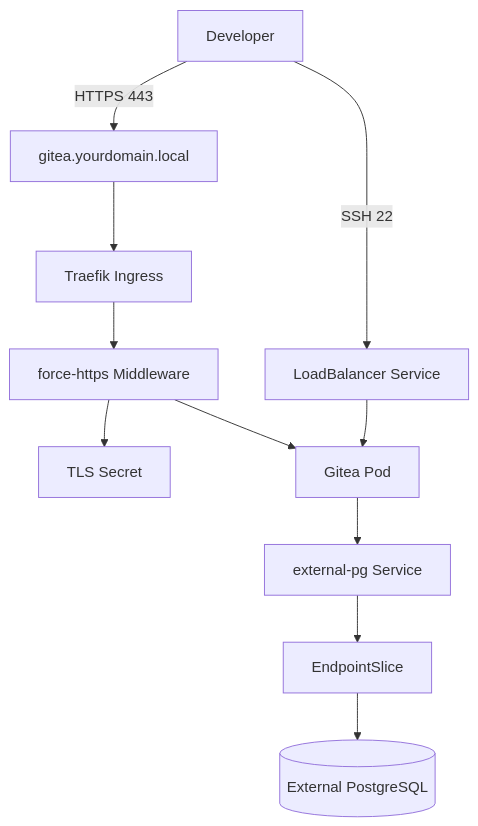
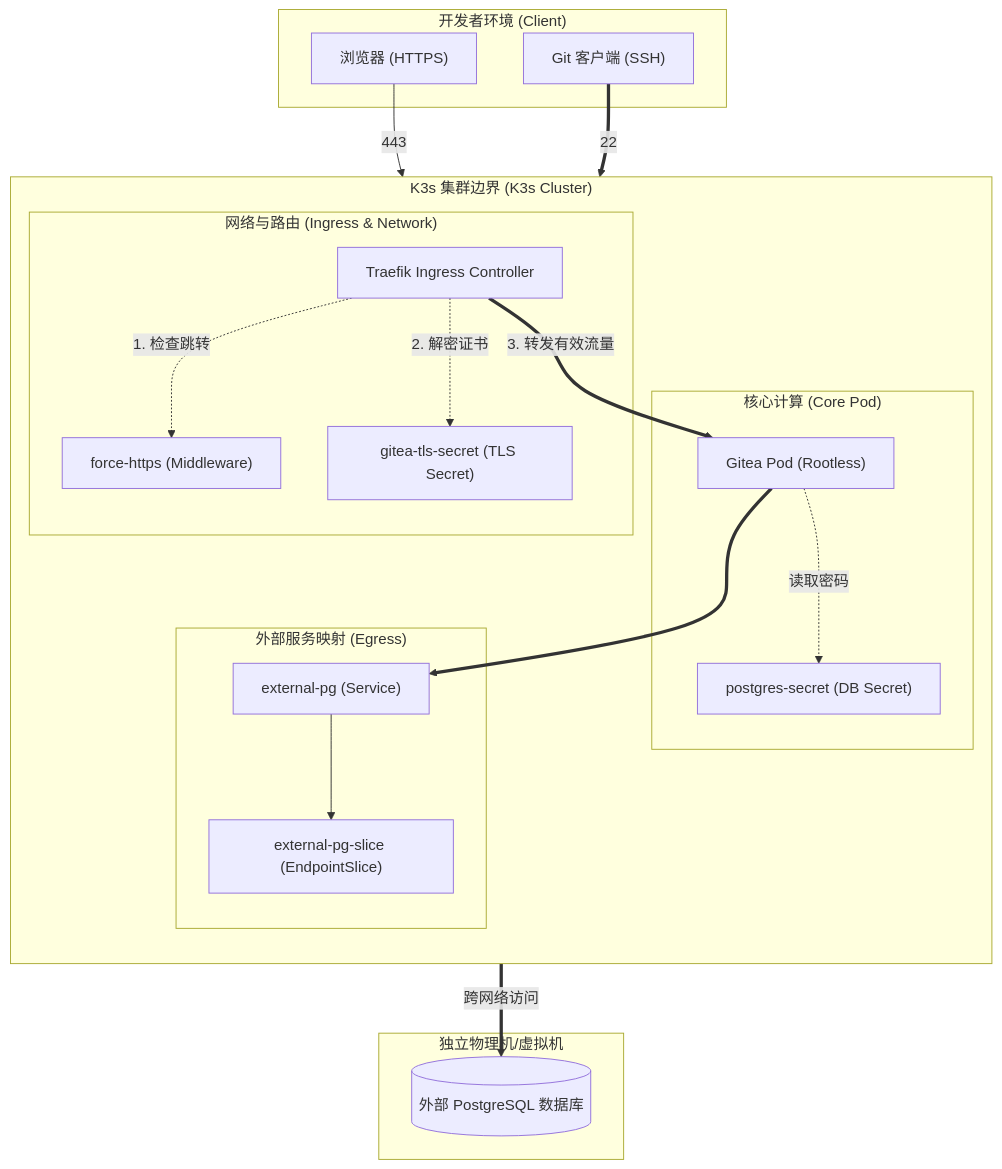
Before and after one commit to damingerdai/damingerdai.github.io: the diagram in source/_posts/software/deploy-gitea-in-k3s-on-homelab.md, drawn with Mermaid. The commit also changed other lines of this file, not shown here.

Commit message:
docs: update mermaid docs

````diff
--- a/source/_posts/software/deploy-gitea-in-k3s-on-homelab.md
+++ b/source/_posts/software/deploy-gitea-in-k3s-on-homelab.md
@@ -18,24 +18,44 @@
 ```mermaid
 flowchart TB
+    subgraph Client ["开发者环境 (Client)"]
+        Browser["浏览器 (HTTPS)"]
+        GitCli["Git 客户端 (SSH)"]
+    end
 
-    Client[Developer]
+    subgraph K3S ["K3s 集群边界 (K3s Cluster)"]
+        direction TB
+        
+        subgraph Net ["网络与路由 (Ingress & Network)"]
+            Traefik["Traefik Ingress Controller"]
+            Middleware["force-https (Middleware)"]
+            TLS["gitea-tls-secret (TLS Secret)"]
+        end
 
-    Client -->|HTTPS 443| DNS[gitea.yourdomain.local]
-    Client -->|SSH 22| SSHLB[LoadBalancer Service]
+        subgraph Core ["核心计算 (Core Pod)"]
+            Gitea["Gitea Pod (Rootless)"]
+            DBSecret["postgres-secret (DB Secret)"]
+        end
 
-    DNS --> Traefik[Traefik Ingress]
+        subgraph Outbound ["外部服务映射 (Egress)"]
+            PGSVC["external-pg (Service)"]
+            EPS["external-pg-slice (EndpointSlice)"]
+        end
+    end
 
-    Traefik --> Middleware[force-https Middleware]
+    subgraph External ["独立物理机/虚拟机"]
+        PG[("外部 PostgreSQL 数据库")]
+    end
 
-    Middleware --> TLS[TLS Secret]
+    %% 流量流向
+    Browser -->|443| Traefik
+    Traefik -.->|1. 检查跳转| Middleware
+    Traefik -.->|2. 解密证书| TLS
+    Traefik ==>|3. 转发有效流量| Gitea
 
-    Middleware --> Gitea[Gitea Pod]
-
-    SSHLB --> Gitea
-
-    Gitea --> PGSVC[external-pg Service]
-
-    PGSVC --> EPS[EndpointSlice]
-
-    EPS --> PG[(External PostgreSQL)]
+    GitCli ==>|22| Gitea
+    
+    Gitea -.->|读取密码| DBSecret
+    Gitea ==> PGSVC
+    PGSVC --> EPS
+    EPS ==>|跨网络访问| PG
 ```
````
